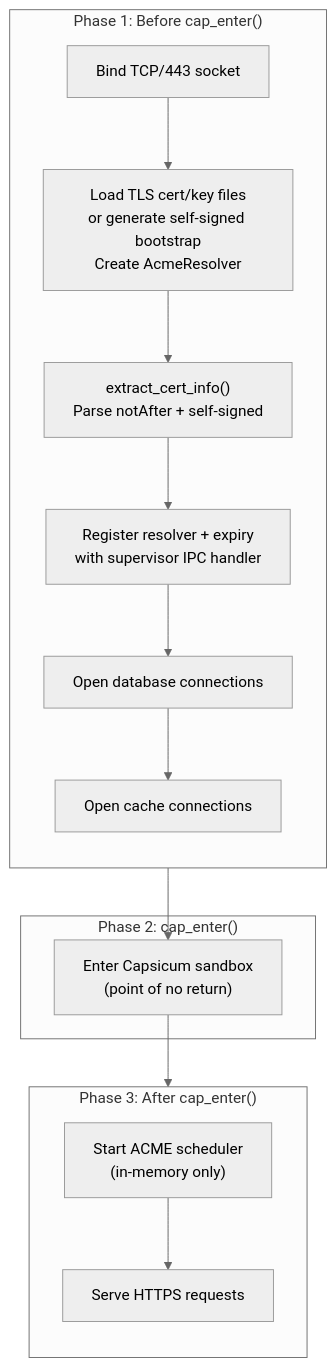
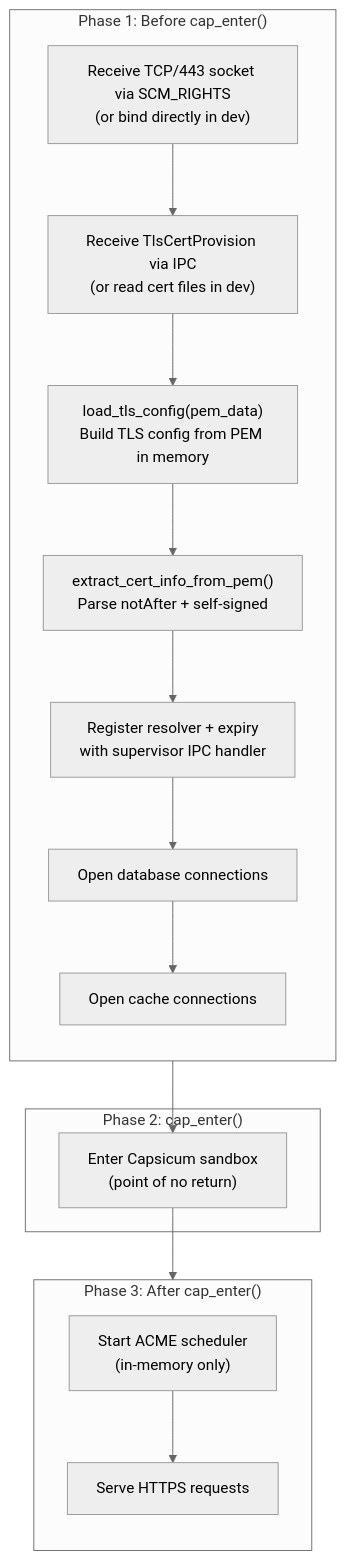
One commit to rbenaley/Vauban changed the eighth of 9 diagrams in docs/technical/Vauban_ACME_TLS_Architecture_EN(1.0).md. Above: the diagram before and after it, drawn with Mermaid (neutral theme). The commit also changed other lines of this file and 10 other files, not shown here.

First line of the commit message:
sec(tls): supervisor-provided TLS certs via IPC, zeroize private key

````diff
--- a/docs/technical/Vauban_ACME_TLS_Architecture_EN(1.0).md
+++ b/docs/technical/Vauban_ACME_TLS_Architecture_EN(1.0).md
@@ -591,24 +603,25 @@
 ```mermaid
 flowchart TD
     subgraph phase1 ["Phase 1: Before cap_enter()"]
         direction TB
-        Bind["Bind TCP/443 socket"]
-        LoadTLS["Load TLS cert/key files<br/>or generate self-signed bootstrap<br/>Create AcmeResolver"]
-        ExtractMeta["extract_cert_info()<br/>Parse notAfter + self-signed"]
+        RecvFD["Receive TCP/443 socket via SCM_RIGHTS<br/>(or bind directly in dev)"]
+        RecvCert["Receive TlsCertProvision via IPC<br/>(or read cert files in dev)"]
+        LoadTLS["load_tls_config(pem_data)<br/>Build TLS config from PEM in memory"]
+        ExtractMeta["extract_cert_info_from_pem()<br/>Parse notAfter + self-signed"]
         Register["Register resolver + expiry<br/>with supervisor IPC handler"]
         DB["Open database connections"]
         Cache["Open cache connections"]
     end
 
     subgraph phase2 ["Phase 2: cap_enter()"]
         Sandbox["Enter Capsicum sandbox<br/>(point of no return)"]
     end
 
     subgraph phase3 ["Phase 3: After cap_enter()"]
         direction TB
         Scheduler["Start ACME scheduler<br/>(in-memory only)"]
         Serve["Serve HTTPS requests"]
     end
 
-    Bind --> LoadTLS --> ExtractMeta --> Register --> DB --> Cache --> Sandbox --> Scheduler --> Serve
+    RecvFD --> RecvCert --> LoadTLS --> ExtractMeta --> Register --> DB --> Cache --> Sandbox --> Scheduler --> Serve
 ```
````
